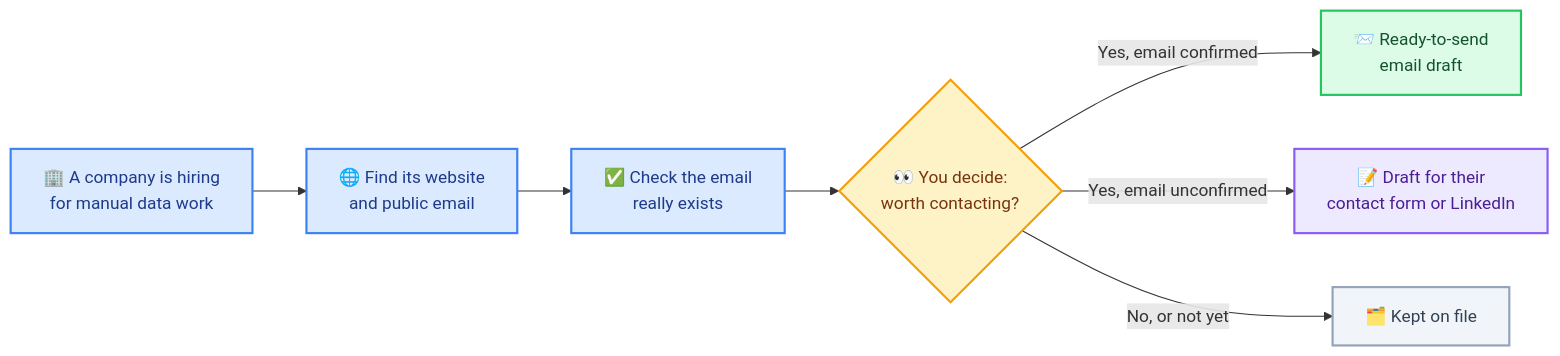
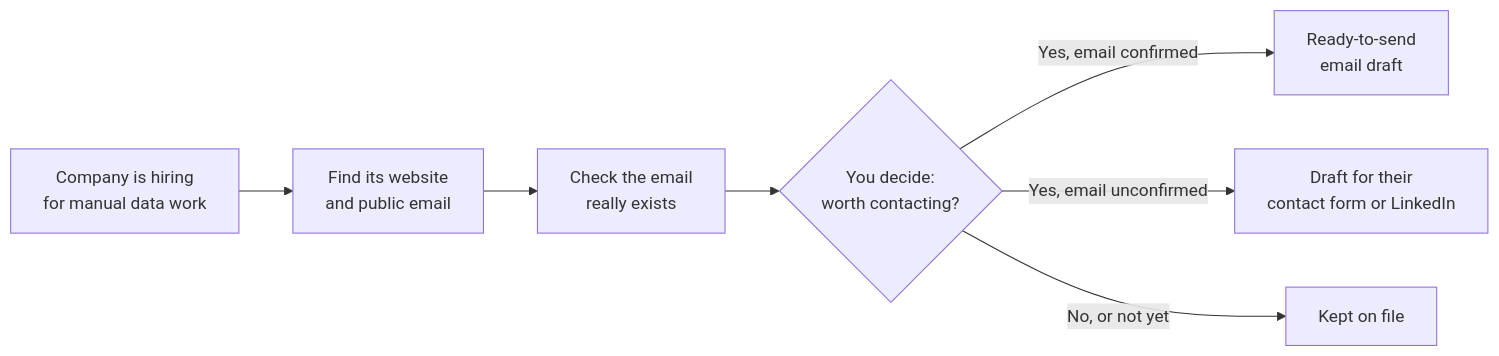
The second of 2 diagrams in README.md (Jaseempk/shekel-radar), drawn with Mermaid before and after one commit. The commit also changed other lines of this file, not shown here.

Commit message:
docs: use plain styling for README diagrams

````diff
--- a/README.md
+++ b/README.md
@@ -39,20 +30,9 @@
 ```mermaid
 flowchart LR
-    A["🏢 A company is hiring<br/>for manual data work"] --> B["🌐 Find its website<br/>and public email"]
-    B --> C["✅ Check the email<br/>really exists"]
-    C --> D{"👀 You decide:<br/>worth contacting?"}
-    D -->|"Yes, email confirmed"| E["📨 Ready-to-send<br/>email draft"]
-    D -->|"Yes, email unconfirmed"| F["📝 Draft for their<br/>contact form or LinkedIn"]
-    D -->|"No, or not yet"| G["🗂️ Kept on file"]
-
-    classDef step fill:#dbeafe,stroke:#3b82f6,stroke-width:2px,color:#1e3a8a
-    classDef decide fill:#fef3c7,stroke:#f59e0b,stroke-width:2px,color:#78350f
-    classDef good fill:#dcfce7,stroke:#22c55e,stroke-width:2px,color:#14532d
-    classDef hold fill:#ede9fe,stroke:#8b5cf6,stroke-width:2px,color:#4c1d95
-    classDef rest fill:#f1f5f9,stroke:#94a3b8,stroke-width:2px,color:#334155
-    class A,B,C step
-    class D decide
-    class E good
-    class F hold
-    class G rest
+    A["Company is hiring<br/>for manual data work"] --> B["Find its website<br/>and public email"]
+    B --> C["Check the email<br/>really exists"]
+    C --> D{"You decide:<br/>worth contacting?"}
+    D -->|"Yes, email confirmed"| E["Ready-to-send<br/>email draft"]
+    D -->|"Yes, email unconfirmed"| F["Draft for their<br/>contact form or LinkedIn"]
+    D -->|"No, or not yet"| G["Kept on file"]
 ```
````
